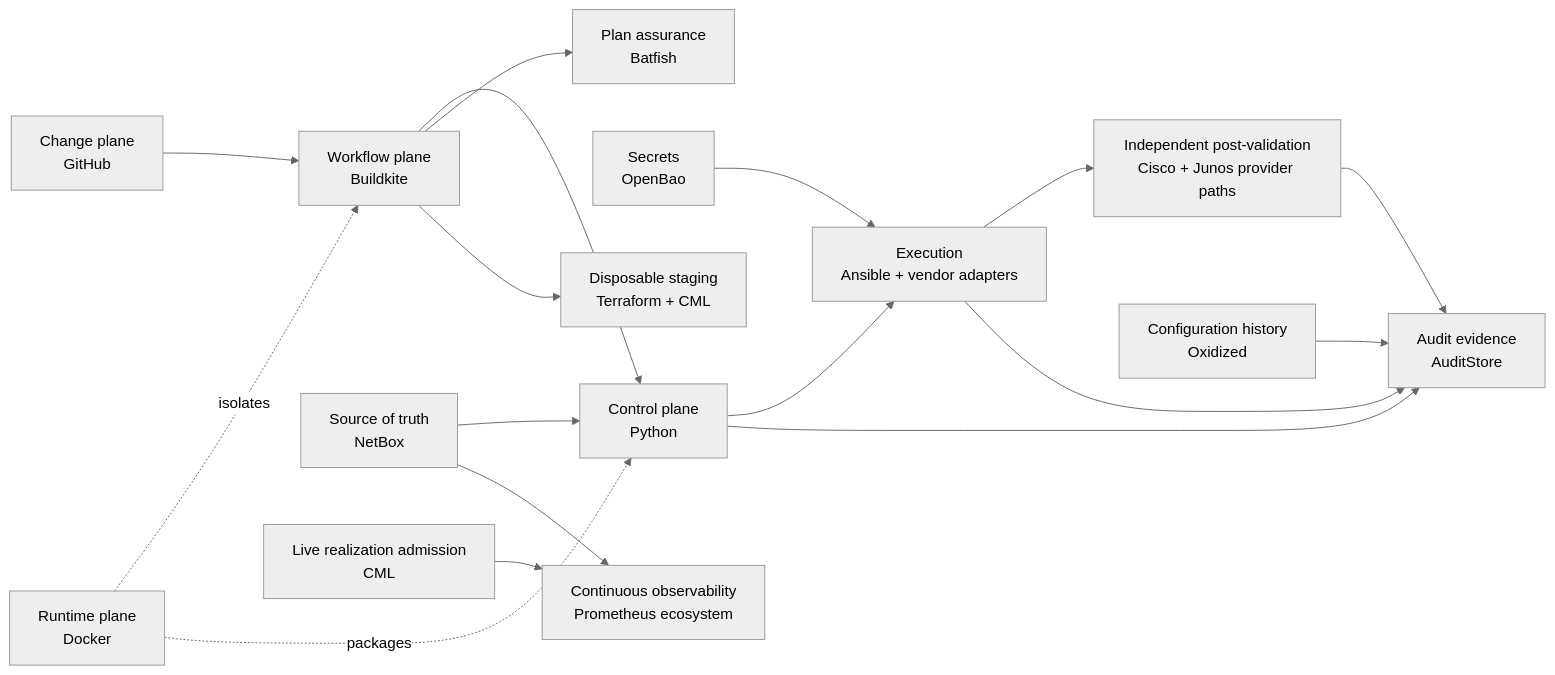
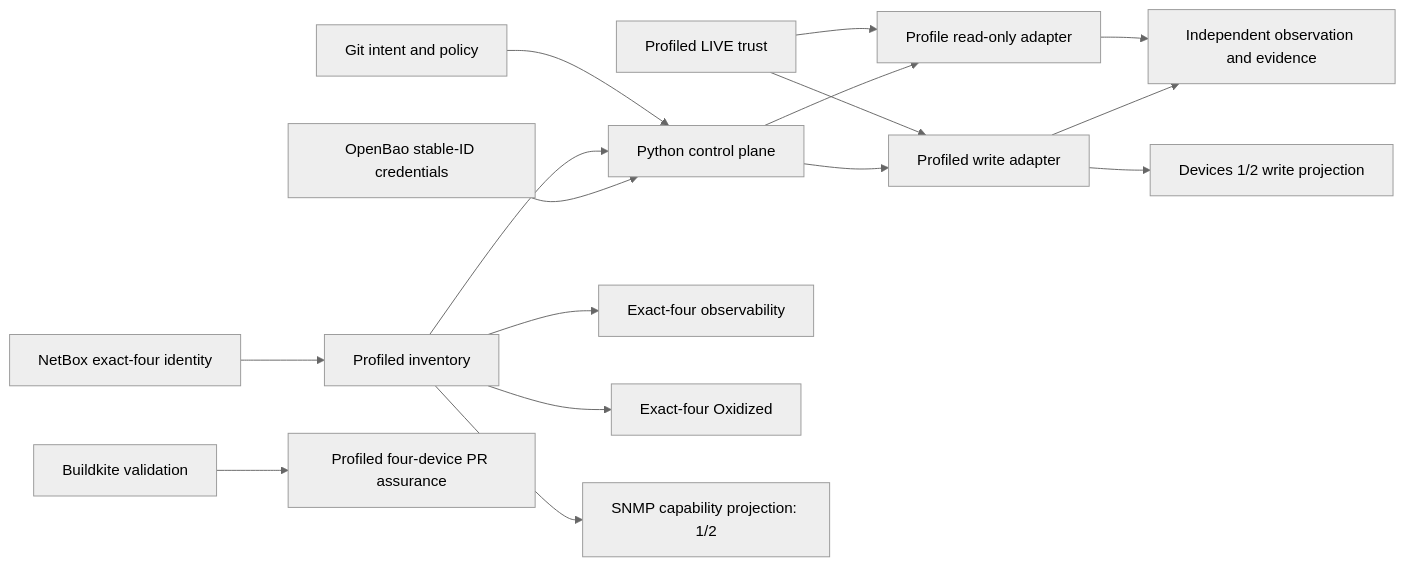
One commit to Atheer-Kareem/network-change-delivery-platform changed the diagram in docs/architecture/overview.md. Above: the diagram before and after it, drawn with Mermaid (neutral theme). The commit also changed other lines of this file and 103 other files, not shown here.

First line of the commit message:
Complete profiled exact-four migration (#133)

````diff
--- a/docs/architecture/overview.md
+++ b/docs/architecture/overview.md
@@ -7,19 +8,18 @@
 ```mermaid
 flowchart LR
-  GH[Change plane\nGitHub] --> BK[Workflow plane\nBuildkite]
-  BK --> PY[Control plane\nPython]
-  NB[Source of truth\nNetBox] --> PY
-  OB[Secrets\nOpenBao] --> EX[Execution\nAnsible + vendor adapters]
-  BK --> BA[Plan assurance\nBatfish]
-  BK --> DT[Disposable staging\nTerraform + CML]
-  PY --> EX
-  EX --> LV[Independent post-validation\nCisco + Junos provider paths]
-  PY --> EV[Audit evidence\nAuditStore]
-  EX --> EV
-  LV --> EV
-  OX[Configuration history\nOxidized] --> EV
-  NB --> OBS[Continuous observability\nPrometheus ecosystem]
-  CL[Live realization admission\nCML] --> OBS
-  DK[Runtime plane\nDocker] -. isolates .-> BK
-  DK -. packages .-> PY
+  GH[Git intent and policy] --> PY[Python control plane]
+  NB[NetBox exact-four identity] --> PI[Profiled inventory]
+  PI --> PY
+  OB[OpenBao stable-ID credentials] --> PY
+  TR[Profiled LIVE trust] --> RO[Profile read-only adapter]
+  TR --> WR[Profiled write adapter]
+  PY --> RO
+  PY --> WR
+  WR --> LV[Devices 1/2 write projection]
+  RO --> EV[Independent observation and evidence]
+  WR --> EV
+  PI --> OBS[Exact-four observability]
+  PI --> OX[Exact-four Oxidized]
+  PI --> SNMP[SNMP capability projection: 1/2]
+  BK[Buildkite validation] --> BA[Profiled four-device PR assurance]
 ```
````
